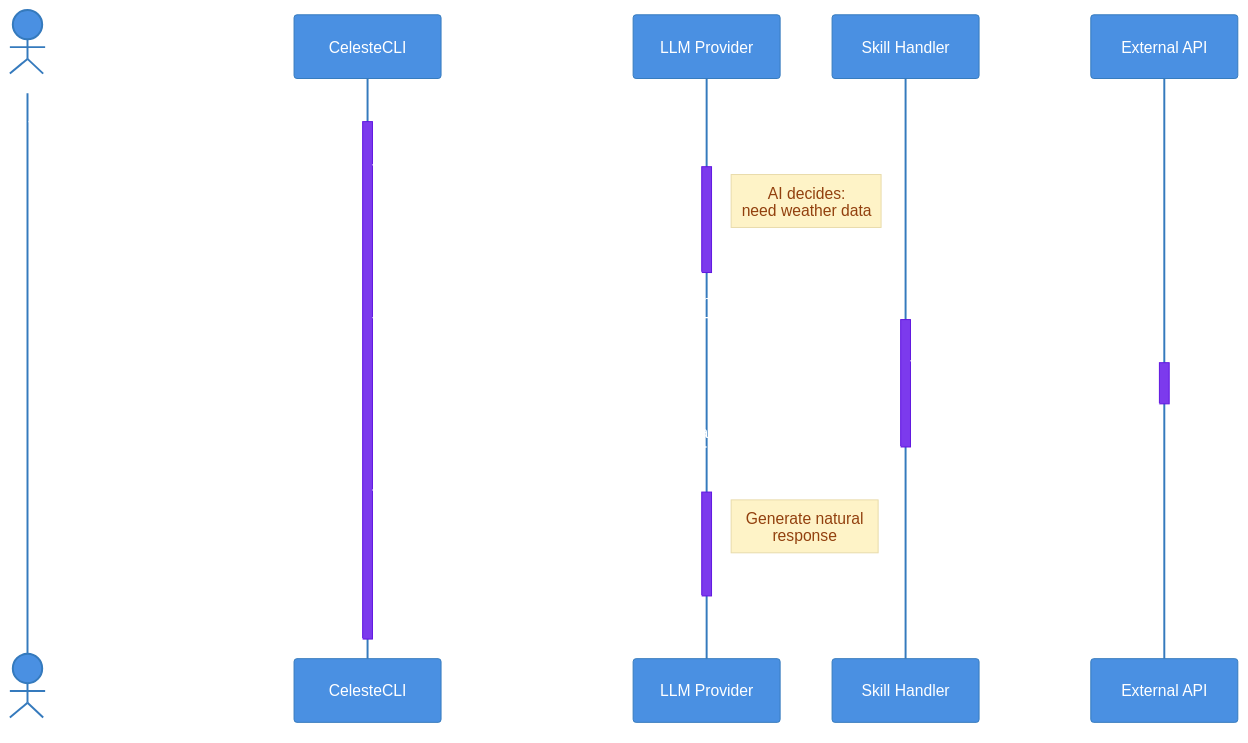
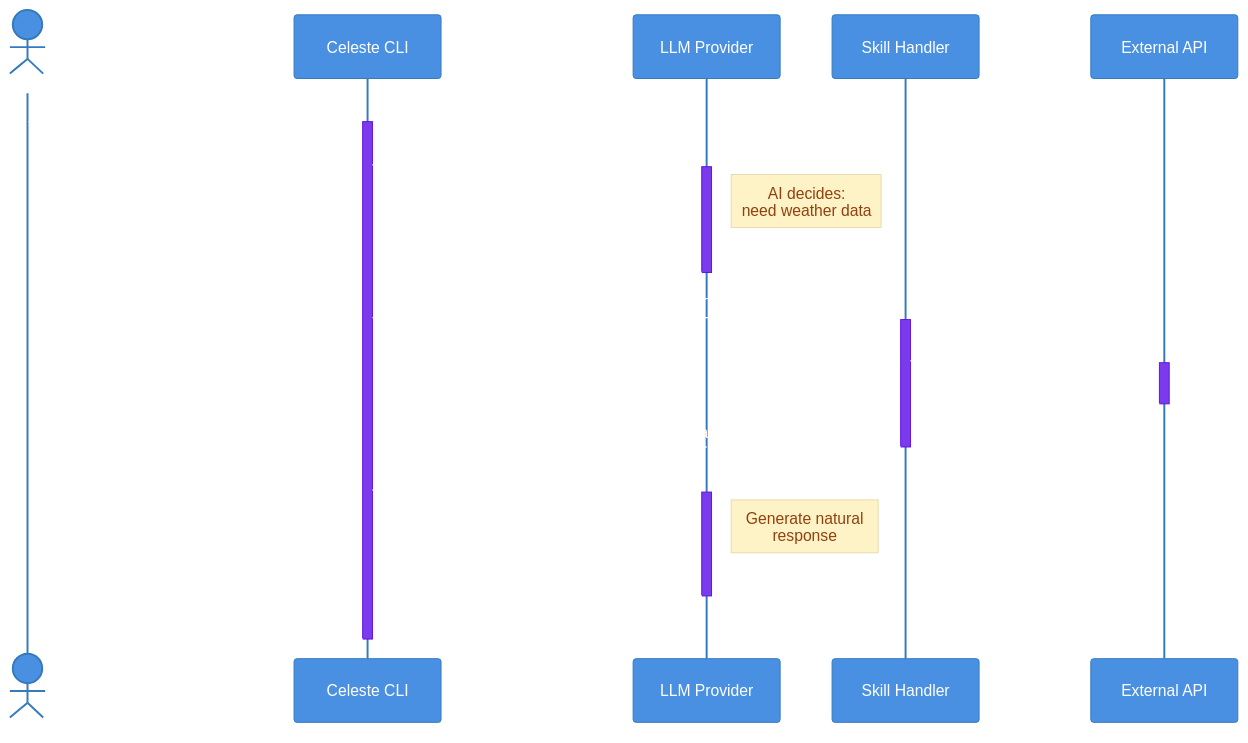
The first of 2 diagrams in README.md (whykusanagi/celeste-cli), drawn with Mermaid before and after one commit. The commit also changed other lines of this file and 17 other files, not shown here.

First line of the commit message:
fix: TUI command bugs, context rot, and rename to Celeste CLI

````diff
--- a/README.md
+++ b/README.md
@@ -412,22 +412,22 @@
 ```mermaid
 %%{init: {'theme':'base', 'themeVariables': {'primaryColor':'#4a90e2','primaryTextColor':'#fff','primaryBorderColor':'#357abd','lineColor':'#6c757d','secondaryColor':'#7c3aed','tertiaryColor':'#10b981','noteBkgColor':'#fef3c7','noteTextColor':'#92400e'}}}%%
 sequenceDiagram
     actor User
-    participant CLI as CelesteCLI
+    participant CLI as Celeste CLI
     participant LLM as LLM Provider
     participant Skill as Skill Handler
     participant API as External API
 
     User->>+CLI: "What's the weather in NYC?"
     CLI->>+LLM: Send message + tools definition
     Note right of LLM: AI decides:<br/>need weather data
     LLM-->>-CLI: tool_call: get_weather(location="NYC")
     CLI->>+Skill: Execute get_weather handler
     Skill->>+API: Fetch weather data (wttr.in)
     API-->>-Skill: JSON weather response
     Skill-->>-CLI: Formatted weather data
     CLI->>+LLM: Send tool result back
     Note right of LLM: Generate natural<br/>response
     LLM-->>-CLI: "It's 45°F and cloudy in NYC..."
     CLI->>-User: Display response with typing animation
 ```
````
